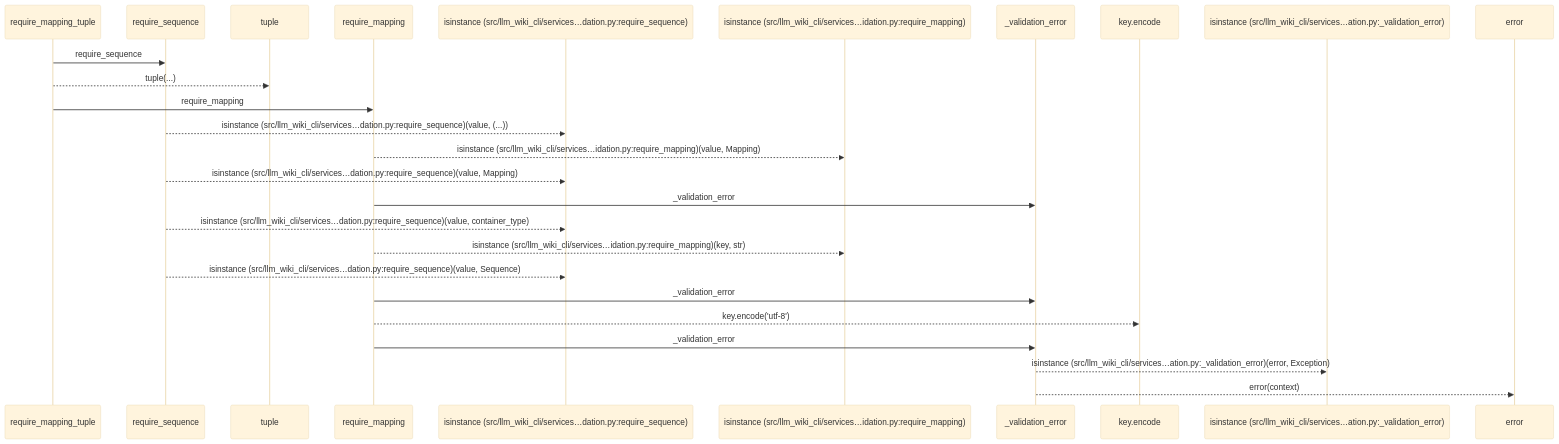
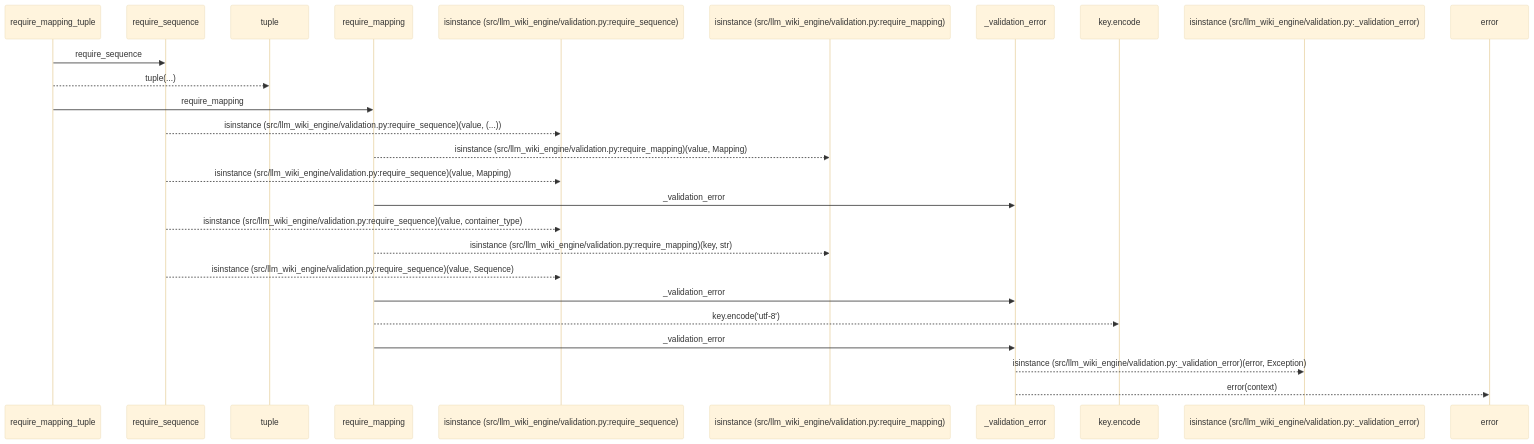
One commit to Denissvgn/python-wiki-llm changed the first of 2 diagrams in docs/llm_wiki/flows/api-require_mapping_tuple.md. Above: the diagram before and after it, drawn with Mermaid (base theme). The commit also changed other lines of this file and 1103 other files, not shown here.

First line of the commit message:
docs: refresh the wiki for the llm-wiki-engine distribution

````diff
--- a/docs/llm_wiki/flows/api-require_mapping_tuple.md
+++ b/docs/llm_wiki/flows/api-require_mapping_tuple.md
@@ -12,28 +12,28 @@
 ```mermaid
 sequenceDiagram
     participant p0 as require_mapping_tuple
     participant p1 as require_sequence
     participant p2 as tuple
     participant p3 as require_mapping
-    participant p4 as isinstance (src/llm_wiki_cli/services…dation.py:require_sequence)
-    participant p5 as isinstance (src/llm_wiki_cli/services…idation.py:require_mapping)
+    participant p4 as isinstance (src/llm_wiki_engine/validation.py:require_sequence)
+    participant p5 as isinstance (src/llm_wiki_engine/validation.py:require_mapping)
     participant p6 as _validation_error
     participant p7 as key.encode
-    participant p8 as isinstance (src/llm_wiki_cli/services…ation.py:_validation_error)
+    participant p8 as isinstance (src/llm_wiki_engine/validation.py:_validation_error)
     participant p9 as error
     p0->>p1: require_sequence
     p0-->>p2: tuple(...)
     p0->>p3: require_mapping
-    p1-->>p4: isinstance (src/llm_wiki_cli/services…dation.py:require_sequence)(value, (...))
-    p3-->>p5: isinstance (src/llm_wiki_cli/services…idation.py:require_mapping)(value, Mapping)
-    p1-->>p4: isinstance (src/llm_wiki_cli/services…dation.py:require_sequence)(value, Mapping)
+    p1-->>p4: isinstance (src/llm_wiki_engine/validation.py:require_sequence)(value, (...))
+    p3-->>p5: isinstance (src/llm_wiki_engine/validation.py:require_mapping)(value, Mapping)
+    p1-->>p4: isinstance (src/llm_wiki_engine/validation.py:require_sequence)(value, Mapping)
     p3->>p6: _validation_error
-    p1-->>p4: isinstance (src/llm_wiki_cli/services…dation.py:require_sequence)(value, container_type)
-    p3-->>p5: isinstance (src/llm_wiki_cli/services…idation.py:require_mapping)(key, str)
-    p1-->>p4: isinstance (src/llm_wiki_cli/services…dation.py:require_sequence)(value, Sequence)
+    p1-->>p4: isinstance (src/llm_wiki_engine/validation.py:require_sequence)(value, container_type)
+    p3-->>p5: isinstance (src/llm_wiki_engine/validation.py:require_mapping)(key, str)
+    p1-->>p4: isinstance (src/llm_wiki_engine/validation.py:require_sequence)(value, Sequence)
     p3->>p6: _validation_error
     p3-->>p7: key.encode('utf-8')
     p3->>p6: _validation_error
-    p6-->>p8: isinstance (src/llm_wiki_cli/services…ation.py:_validation_error)(error, Exception)
+    p6-->>p8: isinstance (src/llm_wiki_engine/validation.py:_validation_error)(error, Exception)
     p6-->>p9: error(context)
 ```
````
